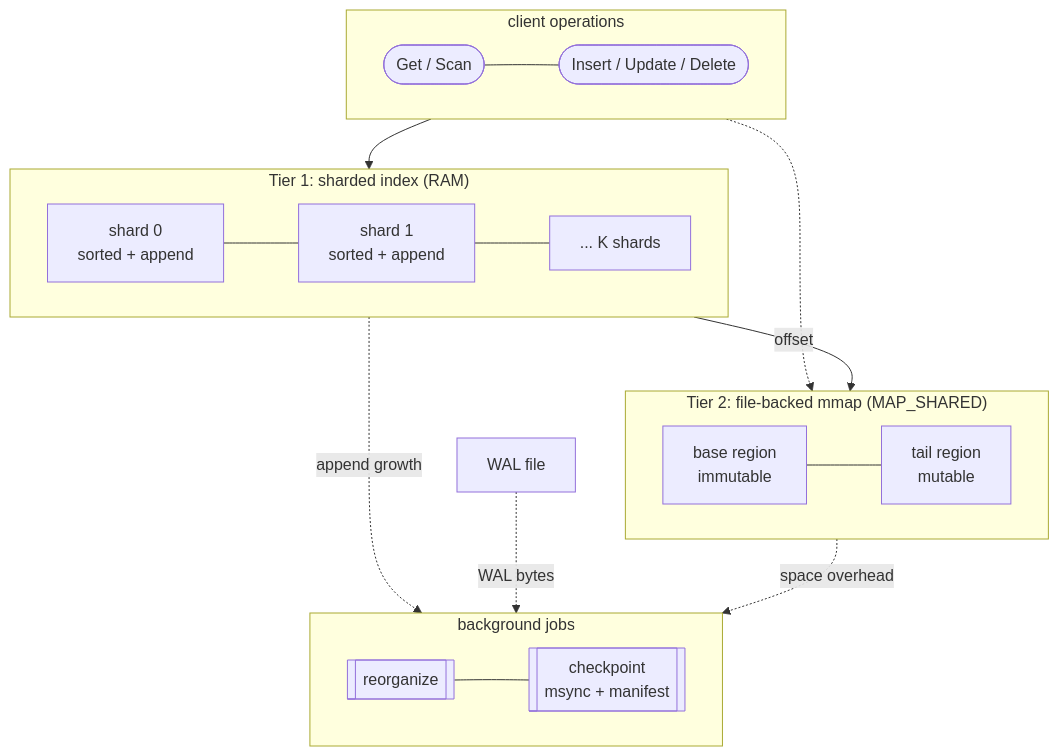
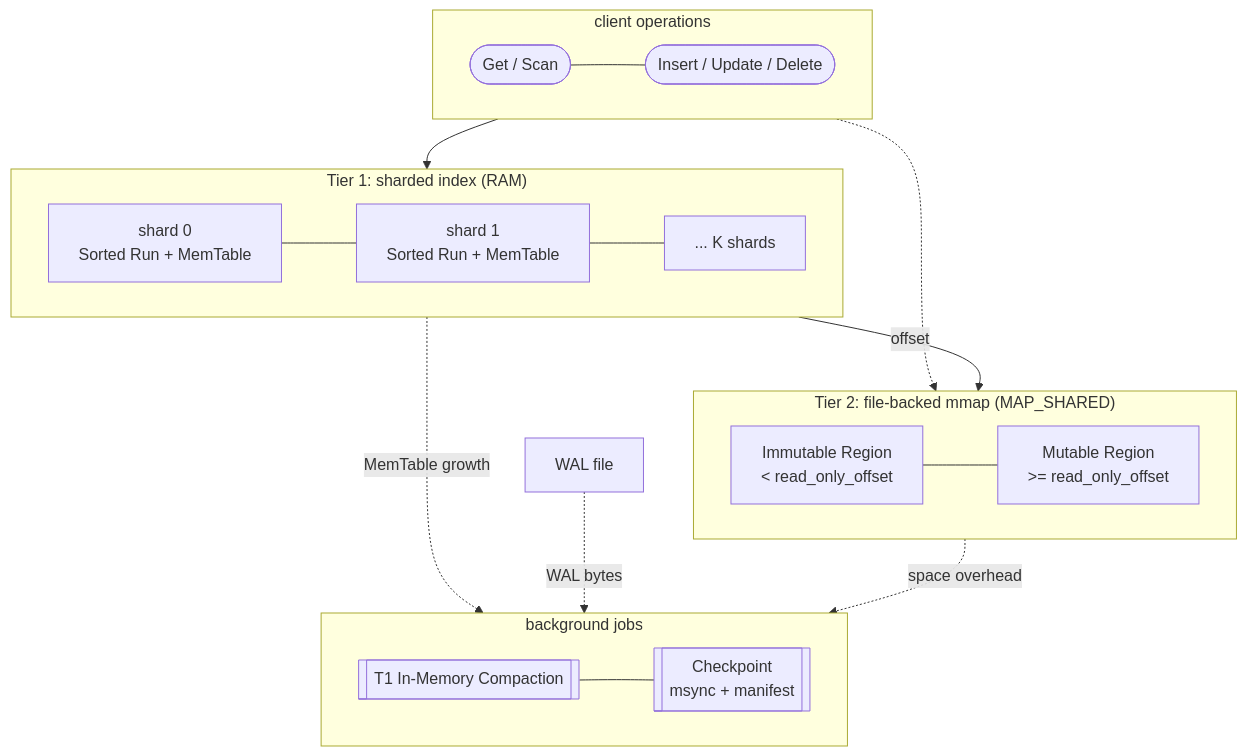
The second of 2 diagrams in docs/specification/high_level_design.md (LineairDB/vmemkv), drawn with Mermaid before and after one commit. The commit also changed other lines of this file and 29 other files, not shown here.

````diff
--- a/docs/specification/high_level_design.md
+++ b/docs/specification/high_level_design.md
@@ -87,26 +87,26 @@
 ```mermaid
 flowchart TB
     subgraph OPS["client operations"]
         direction LR
         R([Get / Scan]) --- W([Insert / Update / Delete])
     end
     subgraph T1["Tier 1: sharded index (RAM)"]
         direction LR
-        S1[shard 0\nsorted + append] --- S2[shard 1\nsorted + append] --- SD[... K shards]
+        S1[shard 0\nSorted Run + MemTable] --- S2[shard 1\nSorted Run + MemTable] --- SD[... K shards]
     end
     subgraph T2["Tier 2: file-backed mmap (MAP_SHARED)"]
         direction LR
-        BA[base region\nimmutable] --- TA[tail region\nmutable]
+        BA[Immutable Region\n< read_only_offset] --- TA[Mutable Region\n>= read_only_offset]
     end
     subgraph JOBS["background jobs"]
         direction LR
-        RG[[reorganize]] --- CK[[checkpoint\nmsync + manifest]]
+        RG[[T1 In-Memory Compaction]] --- CK[[Checkpoint\nmsync + manifest]]
     end
     WAL[WAL file]
     OPS --> T1
     OPS -.-> T2
     T1 -- offset --> T2
-    T1 -.->|append growth| JOBS
+    T1 -.->|MemTable growth| JOBS
     WAL -.->|WAL bytes| JOBS
     T2 -.->|space overhead| JOBS
 ```
````
